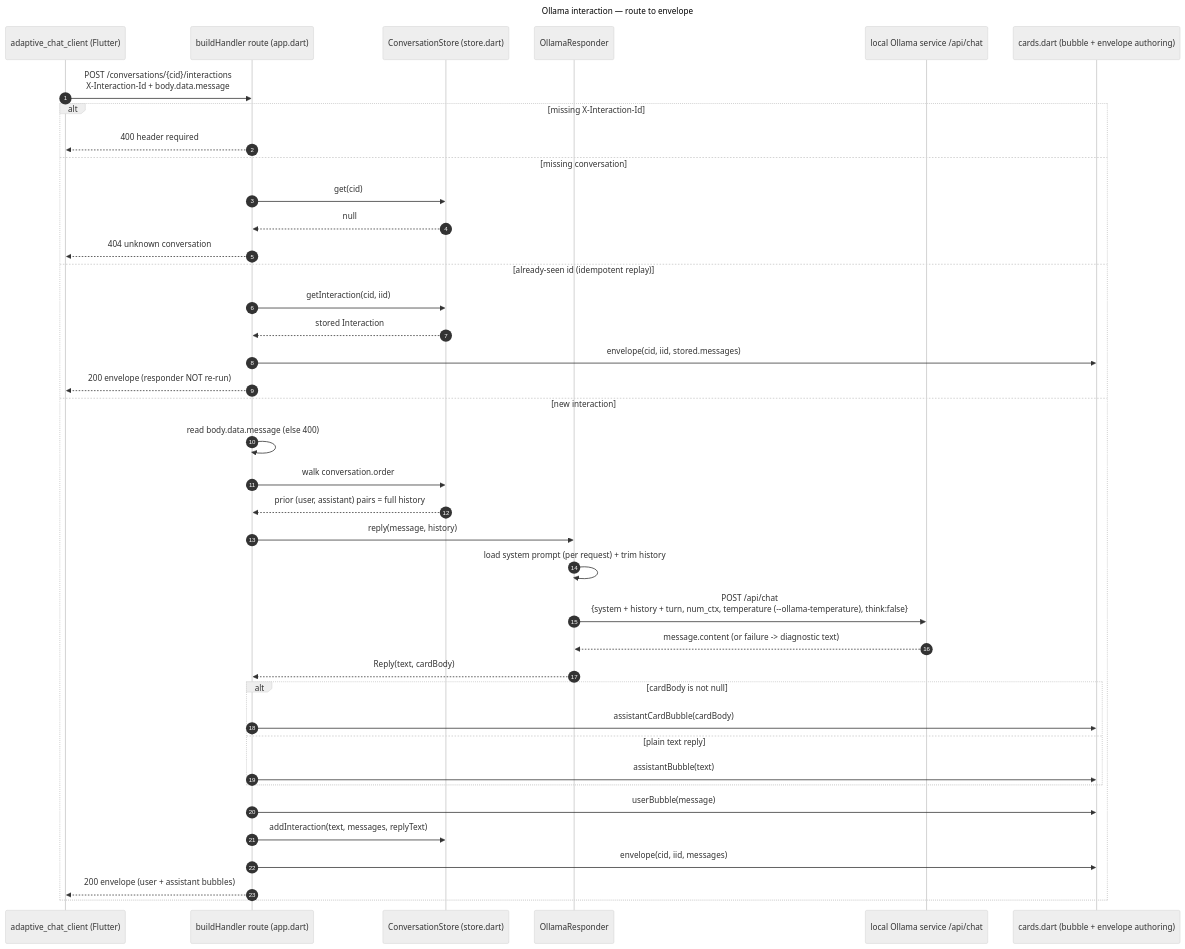
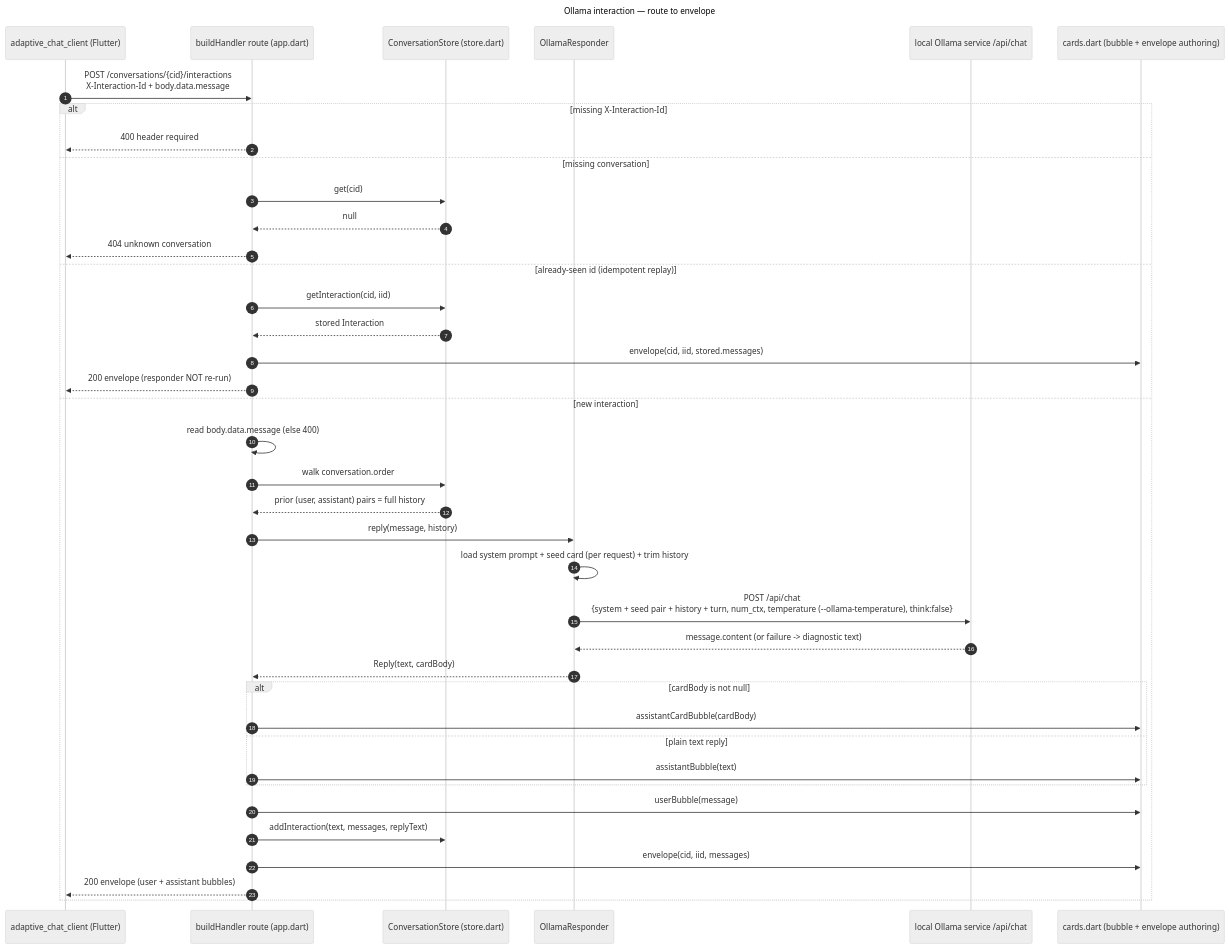
Before and after one commit to freemansoft/Flutter-AdaptiveCards: the second of 3 diagrams in adaptive_chat_server_dart/README.md, drawn with Mermaid (neutral theme). The commit also changed other lines of this file and 30 other files, not shown here.

````diff
--- a/adaptive_chat_server_dart/README.md
+++ b/adaptive_chat_server_dart/README.md
@@ -362,45 +393,45 @@
 ```mermaid
 ---
 title: "Ollama interaction — route to envelope"
 ---
 sequenceDiagram
     autonumber
     participant C as adaptive_chat_client (Flutter)
     participant R as buildHandler route (app.dart)
     participant S as ConversationStore (store.dart)
     participant O as OllamaResponder
     participant L as local Ollama service /api/chat
     participant K as cards.dart (bubble + envelope authoring)
 
     C->>R: POST /conversations/{cid}/interactions<br/>X-Interaction-Id + body.data.message
     alt missing X-Interaction-Id
         R-->>C: 400 header required
     else missing conversation
         R->>S: get(cid)
         S-->>R: null
         R-->>C: 404 unknown conversation
     else already-seen id (idempotent replay)
         R->>S: getInteraction(cid, iid)
         S-->>R: stored Interaction
         R->>K: envelope(cid, iid, stored.messages)
         R-->>C: 200 envelope (responder NOT re-run)
     else new interaction
         R->>R: read body.data.message (else 400)
         R->>S: walk conversation.order
         S-->>R: prior (user, assistant) pairs = full history
         R->>O: reply(message, history)
-        O->>O: load system prompt (per request) + trim history
-        O->>L: POST /api/chat<br/>{system + history + turn, num_ctx, temperature (--ollama-temperature), think:false}
+        O->>O: load system prompt + seed card (per request) + trim history
+        O->>L: POST /api/chat<br/>{system + seed pair + history + turn, num_ctx, temperature (--ollama-temperature), think:false}
         L-->>O: message.content (or failure -> diagnostic text)
         O-->>R: Reply(text, cardBody)
         alt cardBody is not null
             R->>K: assistantCardBubble(cardBody)
         else plain text reply
             R->>K: assistantBubble(text)
         end
         R->>K: userBubble(message)
         R->>S: addInteraction(text, messages, replyText)
         R->>K: envelope(cid, iid, messages)
         R-->>C: 200 envelope (user + assistant bubbles)
     end
 ```
````
